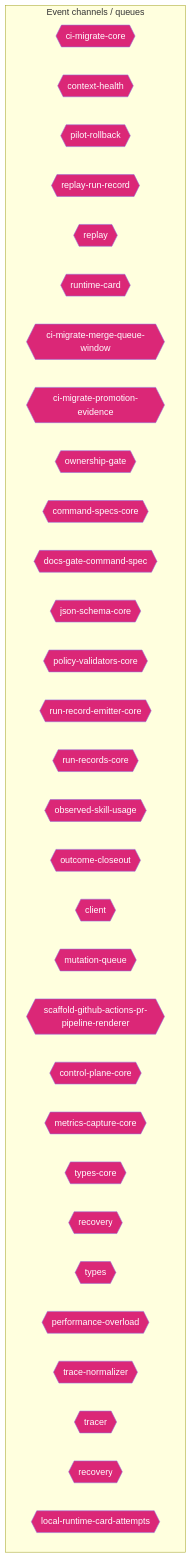
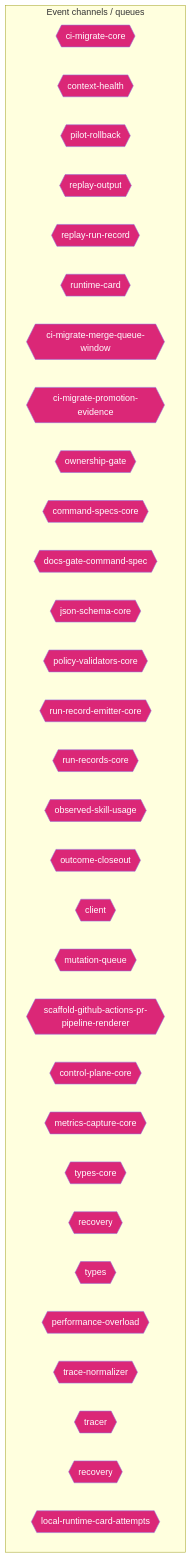
Before and after one commit to jscraik/coding-harness: the ninth of 14 diagrams in AI/context/diagram-context.md, drawn with Mermaid. The commit also changed other lines of this file and 3 other files, not shown here.

First line of the commit message:
docs: refresh remediate architecture diagrams

````diff
--- a/AI/context/diagram-context.md
+++ b/AI/context/diagram-context.md
@@ -941,38 +956,38 @@
 ```mermaid
 flowchart TD
   subgraph Channels["Event channels / queues"]
     ci_migrate_core_7005b5af{{"ci-migrate-core"}}
     context_health_80bb7da9{{"context-health"}}
     pilot_rollback_00c1f82c{{"pilot-rollback"}}
+    replay_output_993eda9e{{"replay-output"}}
     replay_run_record_9a08cce2{{"replay-run-record"}}
-    replay_ac203c98{{"replay"}}
     runtime_card_e06b53e1{{"runtime-card"}}
     ci_migrate_merge_queue_window_0070bd6d{{"ci-migrate-merge-queue-window"}}
     ci_migrate_promotion_evidence_1a2dc527{{"ci-migrate-promotion-evidence"}}
     ownership_gate_2e194d13{{"ownership-gate"}}
     command_specs_core_1c0ffc99{{"command-specs-core"}}
     docs_gate_command_spec_16795187{{"docs-gate-command-spec"}}
     json_schema_core_96d7e328{{"json-schema-core"}}
     policy_validators_core_714a3fe7{{"policy-validators-core"}}
     run_record_emitter_core_688049d5{{"run-record-emitter-core"}}
     run_records_core_89286dfa{{"run-records-core"}}
     observed_skill_usage_ed7d5930{{"observed-skill-usage"}}
     outcome_closeout_ba497ec2{{"outcome-closeout"}}
     client_948fe603{{"client"}}
     mutation_queue_ce5a530e{{"mutation-queue"}}
     scaffold_github_actions_pr_pipeline_renderer_1ee18de5{{"scaffold-github-actions-pr-pipeline-renderer"}}
     control_plane_core_db3b4cb2{{"control-plane-core"}}
     metrics_capture_core_db4bf7cf{{"metrics-capture-core"}}
     types_core_1_8bd0f8fd{{"types-core"}}
     recovery_8c585378{{"recovery"}}
     types_14_fe7507be{{"types"}}
     performance_overload_c685bfcf{{"performance-overload"}}
     trace_normalizer_cb1be1d2{{"trace-normalizer"}}
     tracer_1e6243a2{{"tracer"}}
     recovery_1_4d1804ab{{"recovery"}}
     local_runtime_card_attempts_28aa46ea{{"local-runtime-card-attempts"}}
   end
   classDef eventNode fill:#db2777,color:#fff
-  class ci_migrate_core_7005b5af,context_health_80bb7da9,pilot_rollback_00c1f82c,replay_run_record_9a08cce2,replay_ac203c98,runtime_card_e06b53e1,ci_migrate_merge_queue_window_0070bd6d,ci_migrate_promotion_evidence_1a2dc527,ownership_gate_2e194d13,command_specs_core_1c0ffc99,docs_gate_command_spec_16795187,json_schema_core_96d7e328,policy_validators_core_714a3fe7,run_record_emitter_core_688049d5,run_records_core_89286dfa,observed_skill_usage_ed7d5930,outcome_closeout_ba497ec2,client_948fe603,mutation_queue_ce5a530e,scaffold_github_actions_pr_pipeline_renderer_1ee18de5,control_plane_core_db3b4cb2,metrics_capture_core_db4bf7cf,types_core_1_8bd0f8fd,recovery_8c585378,types_14_fe7507be,performance_overload_c685bfcf,trace_normalizer_cb1be1d2,tracer_1e6243a2,recovery_1_4d1804ab,local_runtime_card_attempts_28aa46ea eventNode
+  class ci_migrate_core_7005b5af,context_health_80bb7da9,pilot_rollback_00c1f82c,replay_output_993eda9e,replay_run_record_9a08cce2,runtime_card_e06b53e1,ci_migrate_merge_queue_window_0070bd6d,ci_migrate_promotion_evidence_1a2dc527,ownership_gate_2e194d13,command_specs_core_1c0ffc99,docs_gate_command_spec_16795187,json_schema_core_96d7e328,policy_validators_core_714a3fe7,run_record_emitter_core_688049d5,run_records_core_89286dfa,observed_skill_usage_ed7d5930,outcome_closeout_ba497ec2,client_948fe603,mutation_queue_ce5a530e,scaffold_github_actions_pr_pipeline_renderer_1ee18de5,control_plane_core_db3b4cb2,metrics_capture_core_db4bf7cf,types_core_1_8bd0f8fd,recovery_8c585378,types_14_fe7507be,performance_overload_c685bfcf,trace_normalizer_cb1be1d2,tracer_1e6243a2,recovery_1_4d1804ab,local_runtime_card_attempts_28aa46ea eventNode
 
 ```
````
